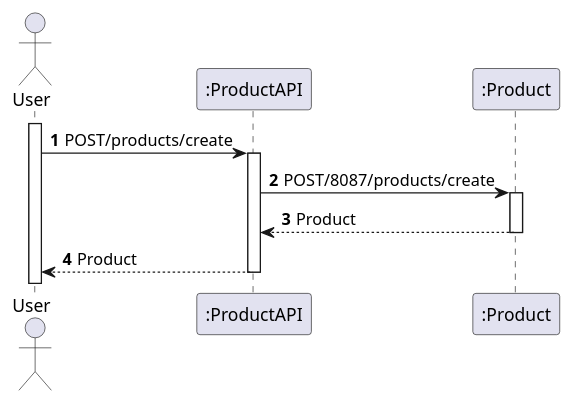
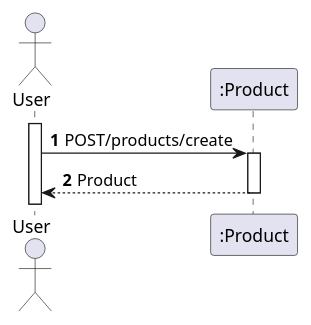
The diagram in Documentos/Product_create.puml (giovannaFantacini/ProductAPI), drawn with PlantUML before and after one commit. The commit also changed 4 other files, not shown here.

Commit message:
Diagramas

```diff
--- a/Documentos/Product_create.puml
+++ b/Documentos/Product_create.puml
@@ -1,17 +1,14 @@
 @startuml
 'https://plantuml.com/sequence-diagram
 
 autoactivate on
 autonumber
 
 actor "User" as User
-participant ":ProductAPI" as pro1
-participant ":Product" as pro2
+participant ":Product" as pro1
 
 activate User
 
 User -> pro1: POST/products/create
-pro1 -> pro2: POST/8087/products/create
-pro2 --> pro1: Product
 pro1 --> User: Product
 @enduml
```
